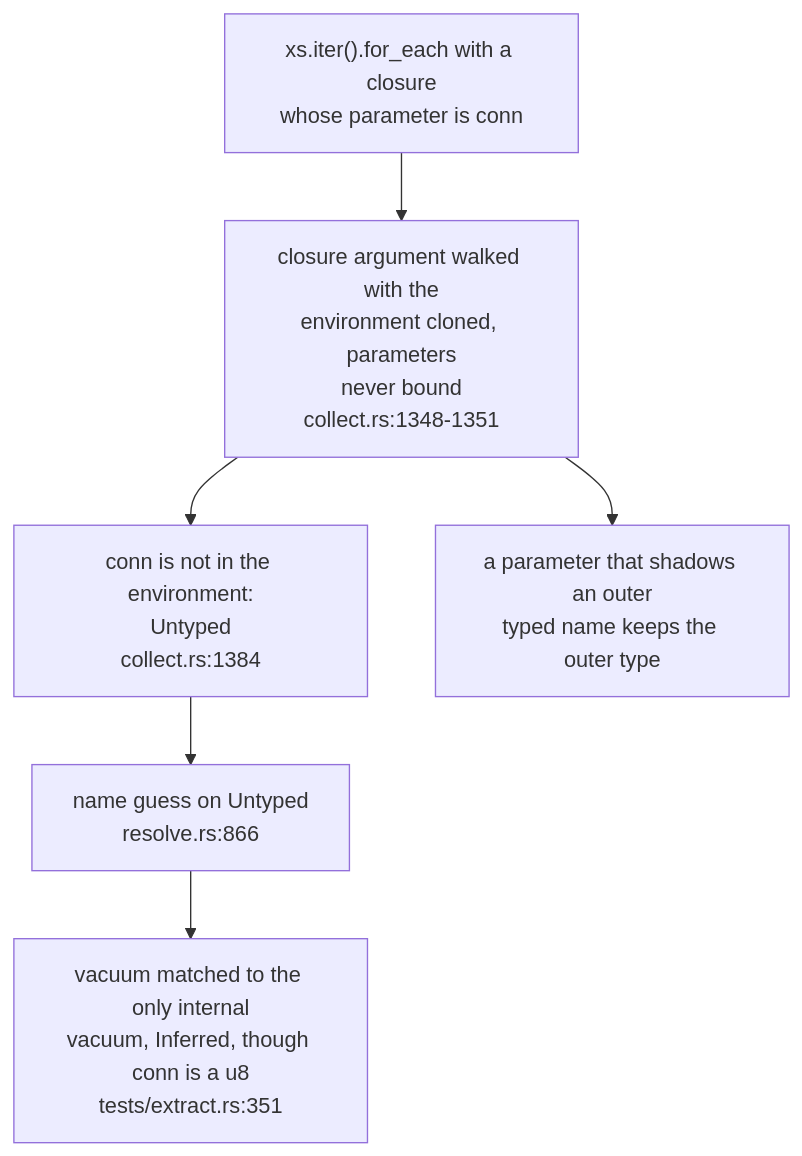
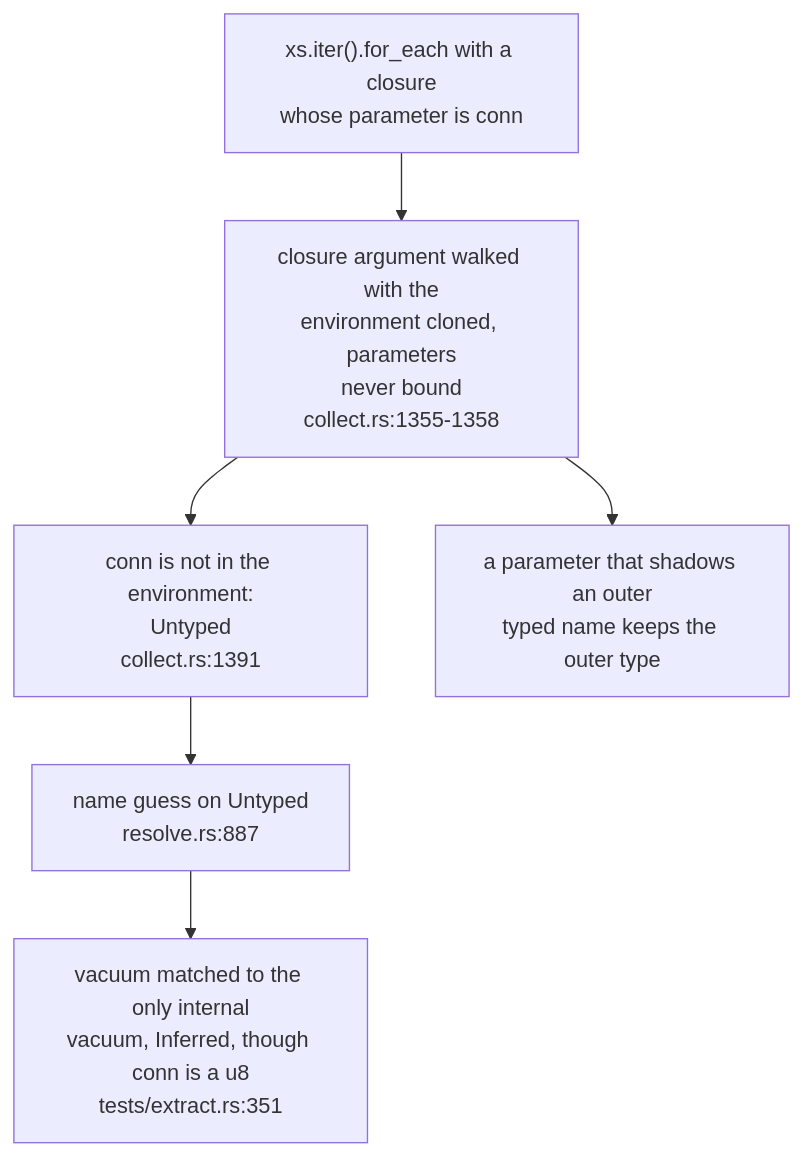
One commit to DreamLab-AI/codemaid changed the sixth of 6 diagrams in docs/diagrams/extract/05-workspace-name-resolution.md. Above: the diagram before and after it, drawn with Mermaid. The commit also changed other lines of this file and 21 other files, not shown here.

````diff
--- a/docs/diagrams/extract/05-workspace-name-resolution.md
+++ b/docs/diagrams/extract/05-workspace-name-resolution.md
@@ -302,11 +307,11 @@
 ```mermaid
 flowchart TB
     C["xs.iter().for_each with a closure<br/>whose parameter is conn"]
-    AR["closure argument walked with the<br/>environment cloned, parameters<br/>never bound<br/>collect.rs:1348-1351"]
-    RV["conn is not in the environment:<br/>Untyped<br/>collect.rs:1384"]
-    BN["name guess on Untyped<br/>resolve.rs:866"]
+    AR["closure argument walked with the<br/>environment cloned, parameters<br/>never bound<br/>collect.rs:1355-1358"]
+    RV["conn is not in the environment:<br/>Untyped<br/>collect.rs:1391"]
+    BN["name guess on Untyped<br/>resolve.rs:887"]
     G["vacuum matched to the only internal<br/>vacuum, Inferred, though conn is a u8<br/>tests/extract.rs:351"]
     SH["a parameter that shadows an outer<br/>typed name keeps the outer type"]
     C --> AR --> RV --> BN --> G
     AR --> SH
 ```
````
